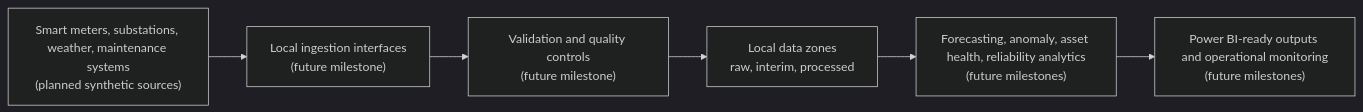
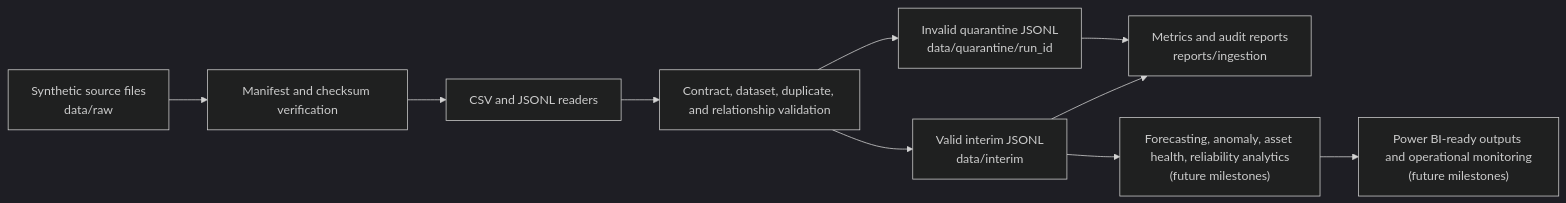
The diagram in docs/architecture/data-flow.md (Ibraheemolasupogit/azure-grid-reliability-intelligence-platform), drawn with Mermaid (dark theme) before and after one commit. The commit also changed other lines of this file and 36 other files, not shown here.

Commit message:
Add governed ingestion and data validation

````diff
--- a/docs/architecture/data-flow.md
+++ b/docs/architecture/data-flow.md
@@ -5,11 +5,17 @@
 ```mermaid
 flowchart LR
-    inputs["Smart meters, substations, weather, maintenance systems<br/>(planned synthetic sources)"]
-    ingestion["Local ingestion interfaces<br/>(future milestone)"]
-    validation["Validation and quality controls<br/>(future milestone)"]
-    storage["Local data zones<br/>raw, interim, processed"]
+    inputs["Synthetic source files<br/>data/raw"]
+    manifest["Manifest and checksum verification"]
+    ingestion["CSV and JSONL readers"]
+    validation["Contract, dataset, duplicate, and relationship validation"]
+    interim["Valid interim JSONL<br/>data/interim"]
+    quarantine["Invalid quarantine JSONL<br/>data/quarantine/run_id"]
+    reports["Metrics and audit reports<br/>reports/ingestion"]
     analytics["Forecasting, anomaly, asset health, reliability analytics<br/>(future milestones)"]
     reporting["Power BI-ready outputs and operational monitoring<br/>(future milestones)"]
 
-    inputs --> ingestion --> validation --> storage --> analytics --> reporting
+    inputs --> manifest --> ingestion --> validation
+    validation --> interim --> analytics --> reporting
+    validation --> quarantine --> reports
+    interim --> reports
 ```
````
